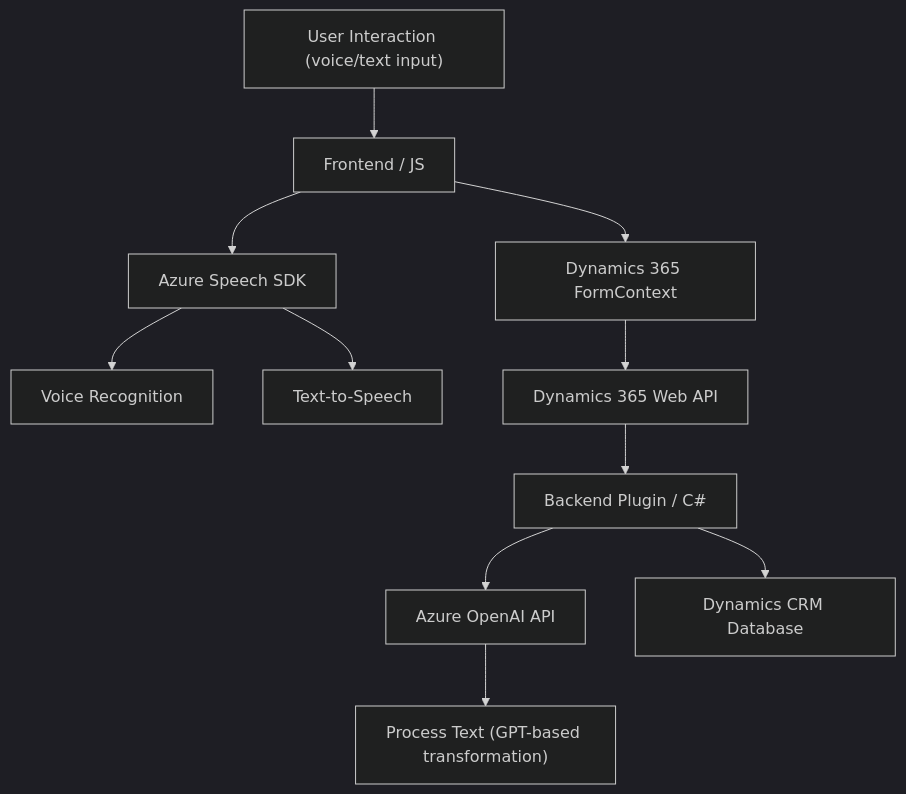
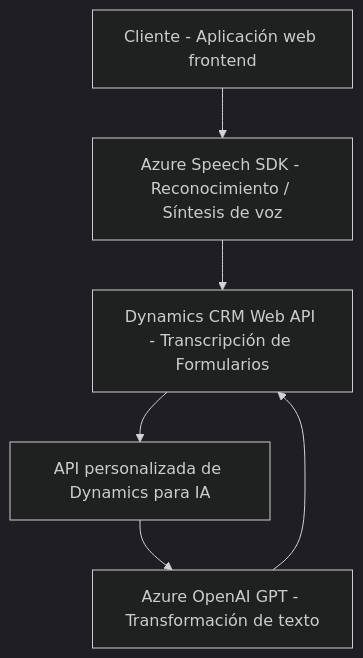
Before and after one commit to blopezdm/NETCORE_BILBAO2025: the diagram in README.md, drawn with Mermaid (dark theme). The commit also changed other lines of this file, not shown here.

````diff
--- a/README.md
+++ b/README.md
@@ -30,13 +39,14 @@
 ```mermaid
 graph TD
-    A["User Interaction (voice/text input)"] --> B["Frontend / JS"]
-    B --> C["Dynamics 365 FormContext"]
-    B --> D["Azure Speech SDK"]
-    D --> E["Voice Recognition"]
-    D --> F["Text-to-Speech"]
-    C --> G["Dynamics 365 Web API"]
-    G --> H["Backend Plugin / C#"]
-    H --> I["Azure OpenAI API"]
-    I --> J["Process Text (GPT-based transformation)"]
-    H --> K["Dynamics CRM Database"]
+A["Cliente - Aplicación web frontend"]
+B["Azure Speech SDK - Reconocimiento / Síntesis de voz"]
+C["Dynamics CRM Web API - Transcripción de Formularios"]
+D["API personalizada de Dynamics para IA"]
+E["Azure OpenAI GPT - Transformación de texto"]
+
+A --> B
+B --> C
+C --> D
+D --> E
+E --> C
 ```
````
